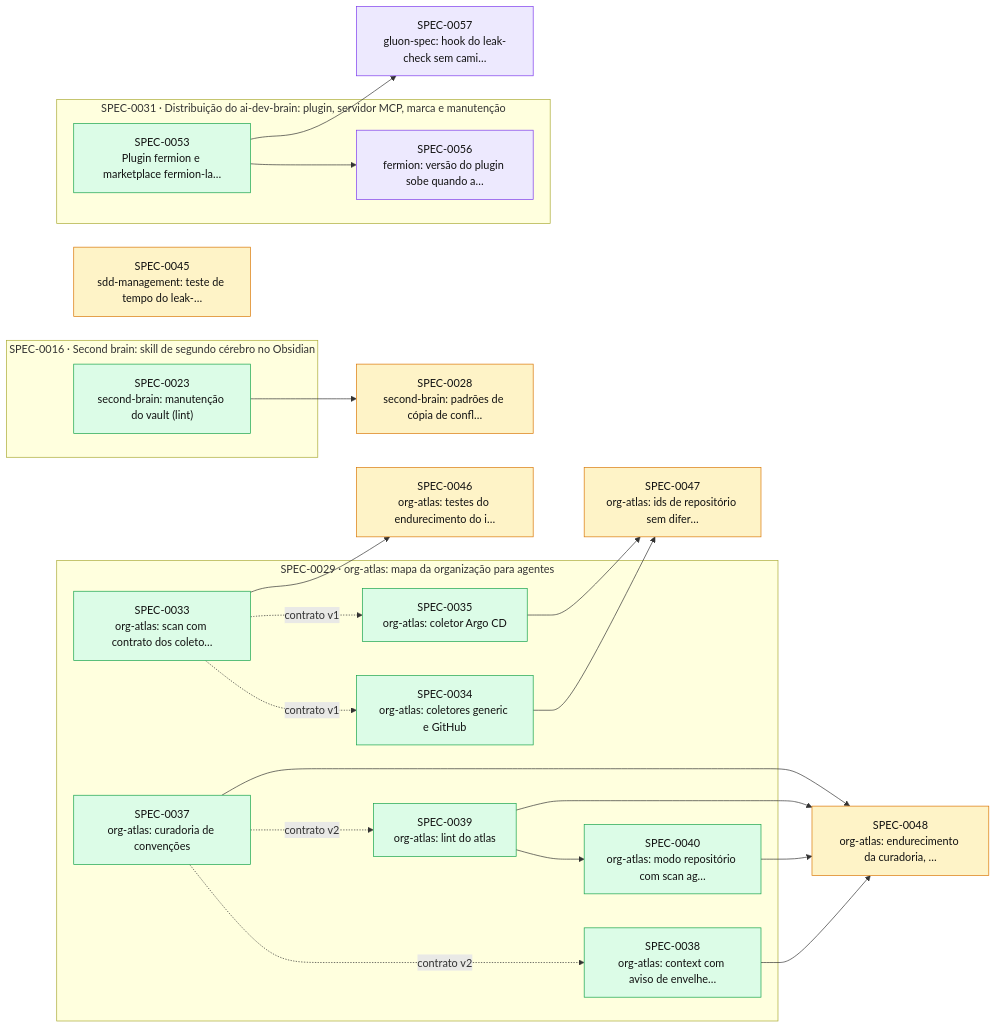
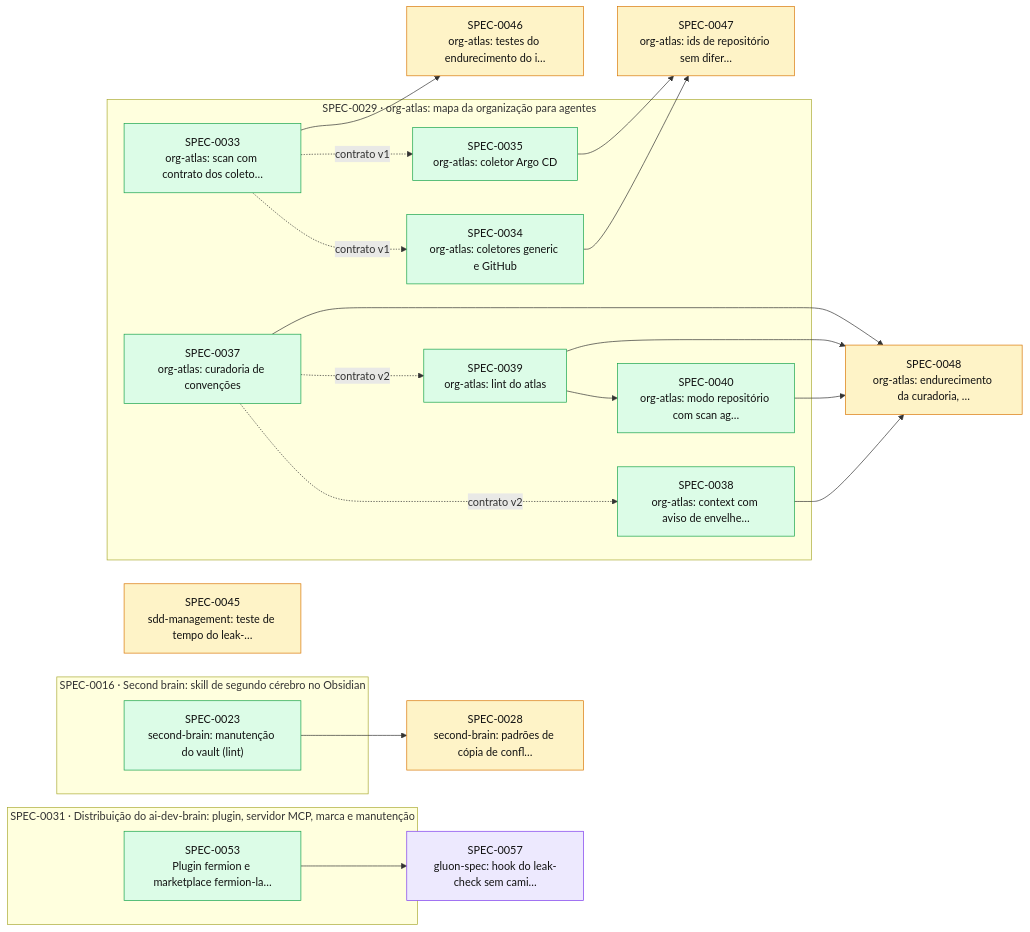
The diagram in docs/specs/INDEX.md (thomasravache/ai-dev-brain), drawn with Mermaid before and after one commit. The commit also changed other lines of this file and 1 other file, not shown here.

First line of the commit message:
docs(specs): G7 e fechamento da SPEC-0056

````diff
--- a/docs/specs/INDEX.md
+++ b/docs/specs/INDEX.md
@@ -54,45 +53,43 @@
 ```mermaid
 flowchart LR
   S0028["SPEC-0028<br/>second-brain: padrões de cópia de confl…"]:::proposed
   S0045["SPEC-0045<br/>sdd-management: teste de tempo do leak-…"]:::proposed
   S0046["SPEC-0046<br/>org-atlas: testes do endurecimento do i…"]:::proposed
   S0047["SPEC-0047<br/>org-atlas: ids de repositório sem difer…"]:::proposed
   S0048["SPEC-0048<br/>org-atlas: endurecimento da curadoria, …"]:::proposed
   S0057["SPEC-0057<br/>gluon-spec: hook do leak-check sem cami…"]:::inprogress
   subgraph E0016["SPEC-0016 · Second brain: skill de segundo cérebro no Obsidian"]
     S0023["SPEC-0023<br/>second-brain: manutenção do vault (lint)"]:::implemented
   end
   subgraph E0029["SPEC-0029 · org-atlas: mapa da organização para agentes"]
     S0033["SPEC-0033<br/>org-atlas: scan com contrato dos coleto…"]:::implemented
     S0034["SPEC-0034<br/>org-atlas: coletores generic e GitHub"]:::implemented
     S0035["SPEC-0035<br/>org-atlas: coletor Argo CD"]:::implemented
     S0037["SPEC-0037<br/>org-atlas: curadoria de convenções"]:::implemented
     S0038["SPEC-0038<br/>org-atlas: context com aviso de envelhe…"]:::implemented
     S0039["SPEC-0039<br/>org-atlas: lint do atlas"]:::implemented
     S0040["SPEC-0040<br/>org-atlas: modo repositório com scan ag…"]:::implemented
   end
   subgraph E0031["SPEC-0031 · Distribuição do ai-dev-brain: plugin, servidor MCP, marca e manutenção"]
     S0053["SPEC-0053<br/>Plugin fermion e marketplace fermion-la…"]:::implemented
-    S0056["SPEC-0056<br/>fermion: versão do plugin sobe quando a…"]:::inprogress
   end
   S0023 --> S0028
   S0033 -. contrato v1 .-> S0034
   S0033 -. contrato v1 .-> S0035
   S0037 -. contrato v2 .-> S0038
   S0037 -. contrato v2 .-> S0039
   S0039 --> S0040
   S0033 --> S0046
   S0034 --> S0047
   S0035 --> S0047
   S0037 --> S0048
   S0038 --> S0048
   S0039 --> S0048
   S0040 --> S0048
-  S0053 --> S0056
   S0053 --> S0057
   classDef proposed fill:#fef3c7,stroke:#d97706,color:#111
   classDef approved fill:#dbeafe,stroke:#2563eb,color:#111
   classDef inprogress fill:#ede9fe,stroke:#7c3aed,color:#111
   classDef implemented fill:#dcfce7,stroke:#16a34a,color:#111
   classDef deprecated fill:#f3f4f6,stroke:#9ca3af,color:#6b7280
 ```
````
